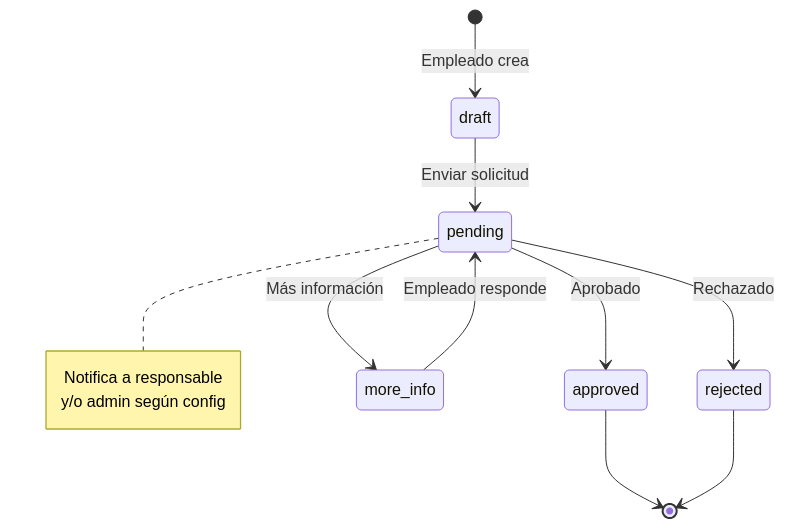
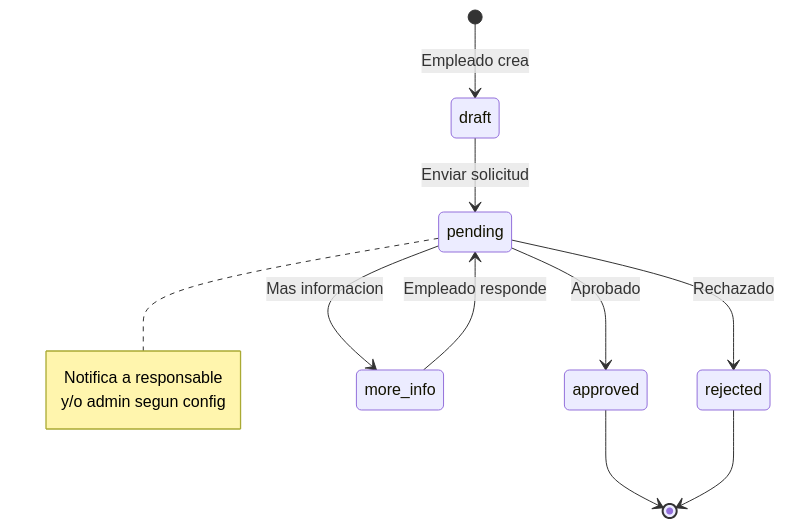
Before and after one commit to moimene/time-control-hub: diagram 15 of 26 in README.md, drawn with Mermaid. The commit also changed other lines of this file, not shown here.

````diff
--- a/README.md
+++ b/README.md
@@ -830,16 +848,16 @@
 ```mermaid
 stateDiagram-v2
     [*] --> draft: Empleado crea
     draft --> pending: Enviar solicitud
     pending --> approved: Aprobado
     pending --> rejected: Rechazado
-    pending --> more_info: Más información
+    pending --> more_info: Mas informacion
     more_info --> pending: Empleado responde
     approved --> [*]
     rejected --> [*]
     
     note right of pending
         Notifica a responsable
-        y/o admin según config
+        y/o admin segun config
     end note
 ```
````
